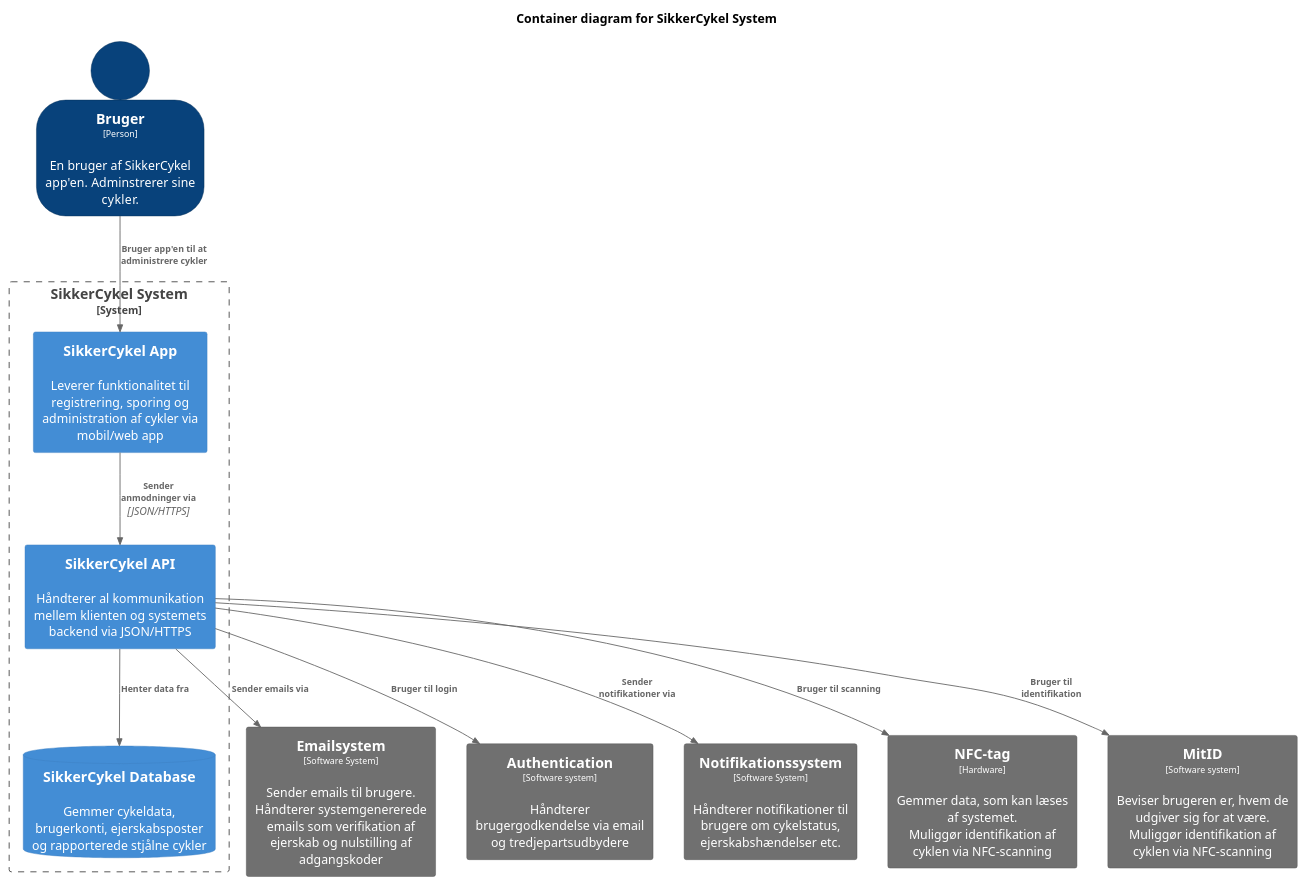
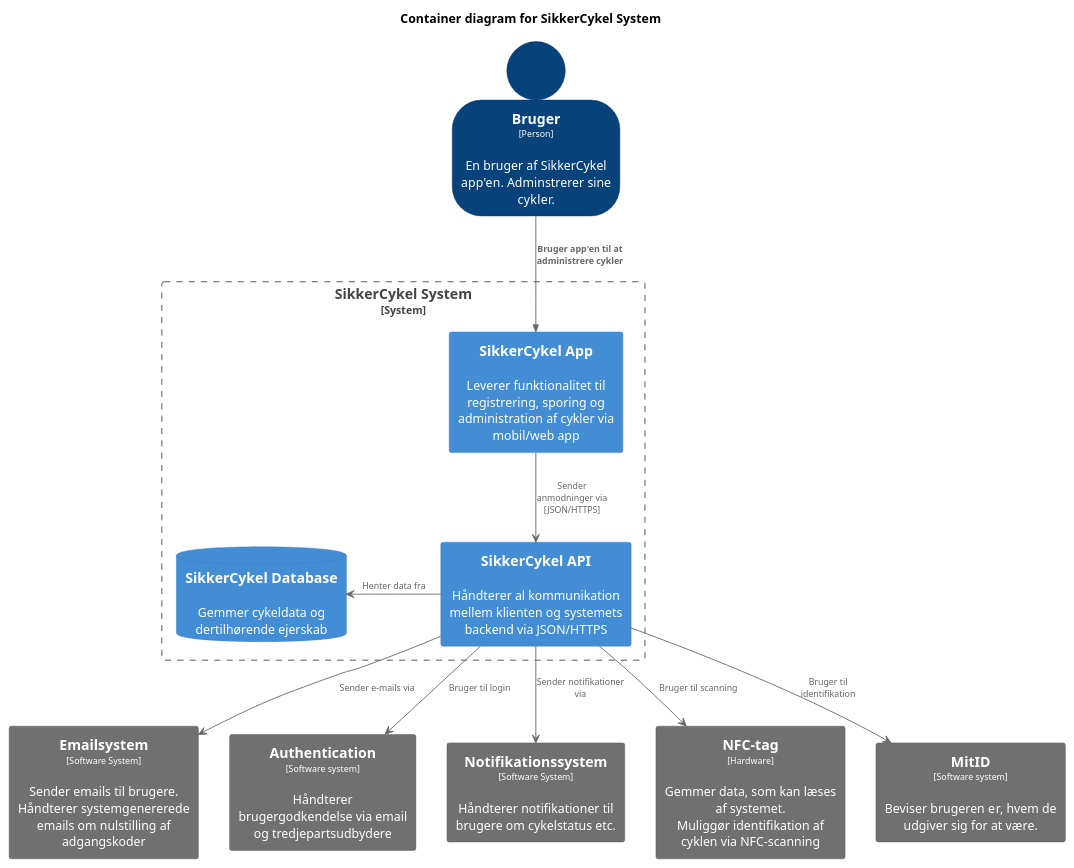
Before and after one commit to Sejehugo/SikkerCykel: the diagram in out/PlantUML/c4niveau-niveau2.puml, drawn with PlantUML.

Commit message:
Udkast til niveau 2 i C4 dokument

```diff
--- a/out/PlantUML/c4niveau-niveau2.puml
+++ b/out/PlantUML/c4niveau-niveau2.puml
@@ -1,104 +1,101 @@
-@startuml
+@startuml test
 !include https://raw.githubusercontent.com/plantuml-stdlib/C4-PlantUML/master/C4_Container.puml
 
 title Container diagram for SikkerCykel System
 
 top to bottom direction
 
 skinparam {
   arrowFontSize 10
   defaultTextAlignment center
   wrapWidth 200
   maxMessageSize 100
 }
 
 hide stereotype
 
 skinparam person<<SystemAdminstrator>> {
   BackgroundColor #lightgrey
   FontColor #black
   BorderColor #052e56
   shadowing false
 }
 skinparam person<<AnonymousUser>> {
   BackgroundColor #08427b
   FontColor #ffffff
   BorderColor #052e56
   shadowing false
 }
 skinparam rectangle<<ExternalSystem>> {
   BackgroundColor #1168bd
   FontColor #ffffff
   BorderColor #0b4884
   shadowing false
 }
 skinparam rectangle<<SikkerCykelSystem>> {
   BackgroundColor #1168bd
   FontColor #ffffff
   BorderColor #0b4884
   shadowing false
 }
 skinparam person<<User>> {
   BackgroundColor #08427b
   FontColor #ffffff
   BorderColor #052e56
   shadowing false
 }
 skinparam person<<PoliceOfficer>> {
   BackgroundColor #08427b
   FontColor #ffffff
   BorderColor #052e56
   shadowing false
 }
 skinparam person<<BicycleImporter>> {
   BackgroundColor #08427b
   FontColor #ffffff
   BorderColor #052e56
   shadowing false
 }
 skinparam person<<BicycleDealer>> {
   BackgroundColor #08427b
   FontColor #ffffff
   BorderColor #052e56
   shadowing false
 }
 
 ' ' Grå bokse til Emailsystem, Firebase, Google Login og NFC-chip
 skinparam rectangle<<GrayBox>> {
   BackgroundColor #707070
   FontColor #ffffff
   BorderColor #505050
   shadowing false
 }
 
 person "==Bruger\n<size:10>[Person]</size>\n\nEn bruger af SikkerCykel app'en. Adminstrerer sine cykler." <<User>> as Bruger
 
 System_Boundary(c1, "SikkerCykel System") {
     Container(app, "SikkerCykel App", "", "Leverer funktionalitet til registrering, sporing og administration af cykler via mobil/web app")
     Container(api, "SikkerCykel API", "", "Håndterer al kommunikation mellem klienten og systemets backend via JSON/HTTPS")
-    ContainerDb(database, "SikkerCykel Database", "", "Gemmer cykeldata, brugerkonti, ejerskabsposter og rapporterede stjålne cykler")
+    ContainerDb(database, "SikkerCykel Database", "", "Gemmer cykeldata og dertilhørende ejerskab")
 }
 
 ' ' Eksterne systemer til venstre
-rectangle "==Emailsystem\n<size:10>[Software System]</size>\n\nSender emails til brugere.\nHåndterer systemgenererede emails som verifikation af ejerskab og nulstilling af adgangskoder" <<GrayBox>> as Email
+rectangle "==Emailsystem\n<size:10>[Software System]</size>\n\nSender emails til brugere.\nHåndterer systemgenererede emails om nulstilling af adgangskoder" <<GrayBox>> as Email
 rectangle "==Authentication\n<size:10>[Software system]</size>\n\nHåndterer brugergodkendelse via email og tredjepartsudbydere" <<GrayBox>> as Authentication
 
 ' ' Eksterne systemer til højre
-rectangle "==Notifikationssystem\n<size:10>[Software System]</size>\n\nHåndterer notifikationer til brugere om cykelstatus, ejerskabshændelser etc." <<GrayBox>> as Notifikation
+rectangle "==Notifikationssystem\n<size:10>[Software System]</size>\n\nHåndterer notifikationer til brugere om cykelstatus etc." <<GrayBox>> as Notifikation
 rectangle "==NFC-tag\n<size:10>[Hardware]</size>\n\nGemmer data, som kan læses af systemet.\nMuliggør identifikation af cyklen via NFC-scanning" <<GrayBox>> as NFCchipindlejretiKlistermaerke
-rectangle "==MitID\n<size:10>[Software system]</size>\n\nBeviser brugeren er, hvem de udgiver sig for at være.\nMuliggør identifikation af cyklen via NFC-scanning" <<GrayBox>> as MitID
+rectangle "==MitID\n<size:10>[Software system]</size>\n\nBeviser brugeren er, hvem de udgiver sig for at være." <<GrayBox>> as MitID
 
 ' ' Relationer mellem brugere og systemet
 Rel(Bruger, app, "Bruger app'en til at administrere cykler")
-
-' ' Relationer indenfor systemet
-' [app] -d-> [api] : JSON/HTTPS
-Rel(app, api, "Sender anmodninger via", "JSON/HTTPS")
-Rel(api, database, "Henter data fra")
-Rel(api, Notifikation, "Sender notifikationer via")
-Rel(api, Authentication, "Bruger til login")
-Rel(api, NFCchipindlejretiKlistermaerke, "Bruger til scanning")
-Rel(api, MitID, "Bruger til identifikation")
-Rel(api, Email, "Sender emails via")
+app --> api: "Sender anmodninger via\n[JSON/HTTPS]"
+api --> Notifikation: "Sender notifikationer via"
+api --> Authentication: "Bruger til login"
+api -left-> database: "Henter data fra"
+api --> NFCchipindlejretiKlistermaerke : "Bruger til scanning"
+api --> MitID: "Bruger til identifikation"
+api --> Email: "Sender e-mails via"
 
 @enduml
```
